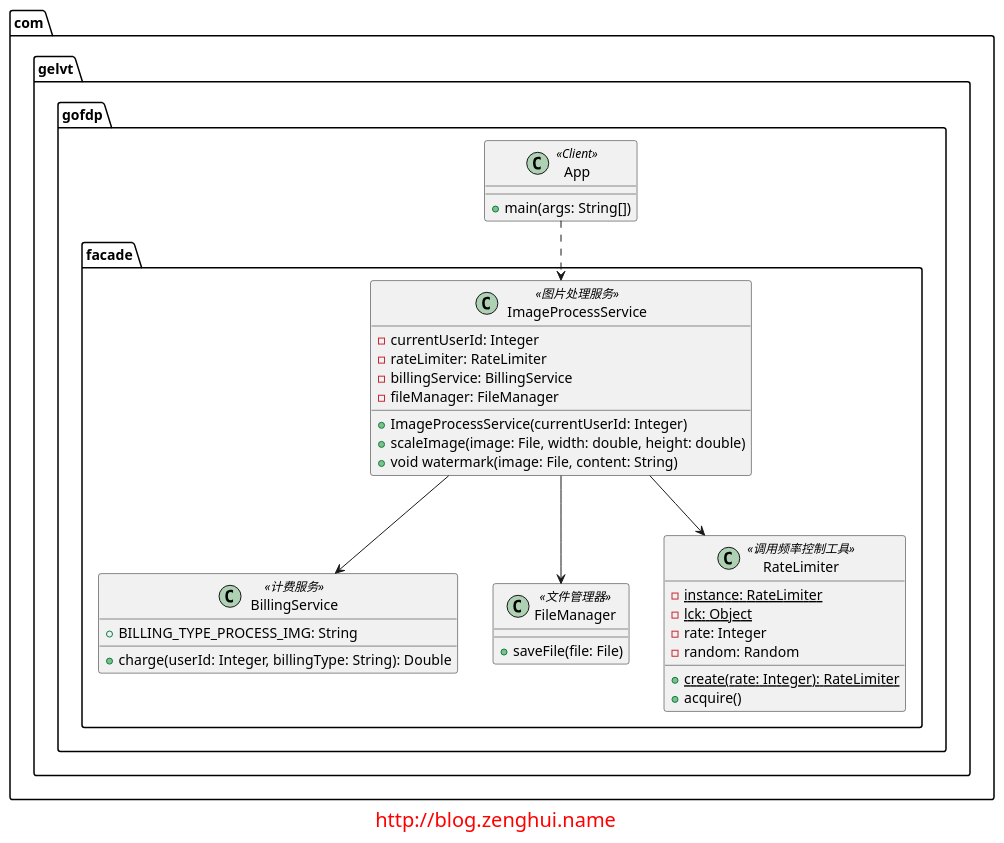
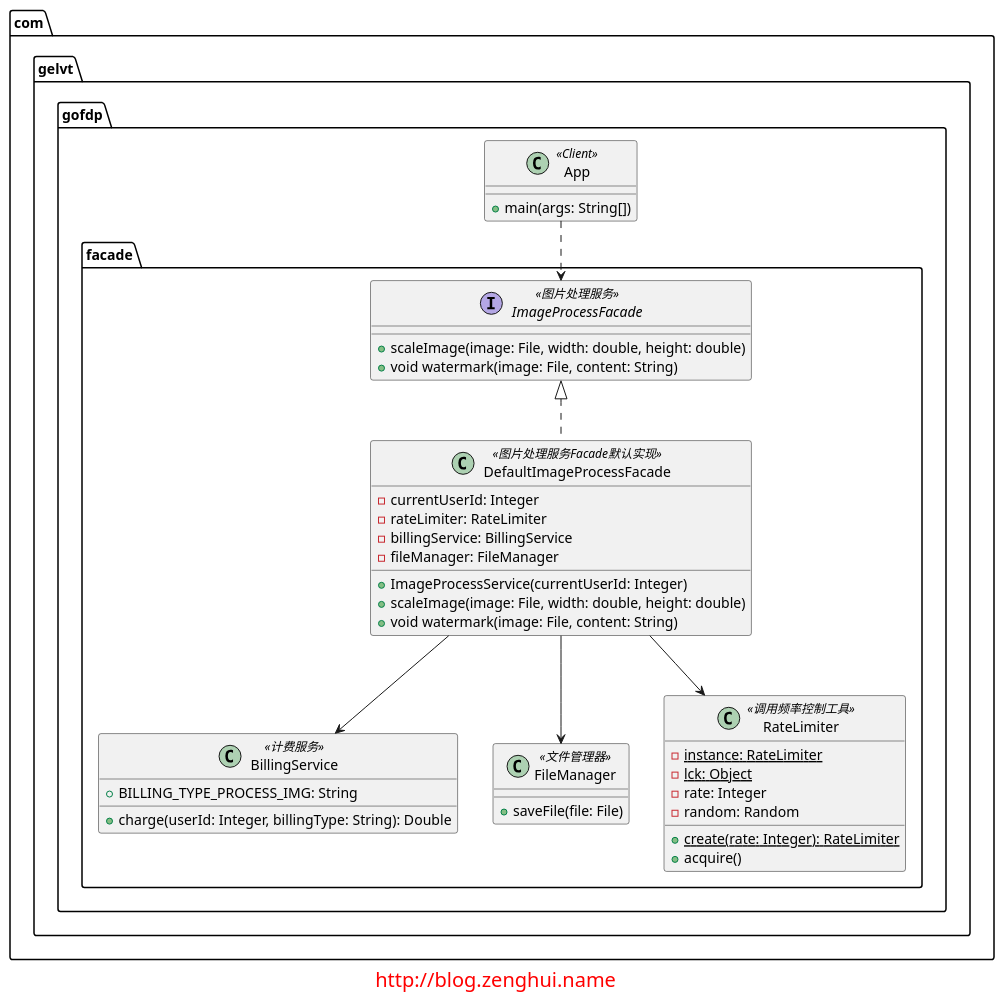
The diagram in facade/diagrams/facade.puml (elvinzeng/java-design-pattern-samples), drawn with PlantUML before and after one commit. The commit also changed 3 other files, not shown here.

```diff
--- a/facade/diagrams/facade.puml
+++ b/facade/diagrams/facade.puml
@@ -1,51 +1,58 @@
 @startuml
 
 package com.gelvt.gofdp.facade{
     class BillingService <<计费服务>>{
         + BILLING_TYPE_PROCESS_IMG: String
         + charge(userId: Integer, billingType: String): Double
     }
 
     class FileManager <<文件管理器>>{
         + saveFile(file: File)
     }
 
     class RateLimiter <<调用频率控制工具>>{
         - {static} instance: RateLimiter
         - {static} lck: Object
         - rate: Integer
         - random: Random
 
         + {static} create(rate: Integer): RateLimiter
         + acquire()
     }
 
-    class ImageProcessService <<图片处理服务>>{
+    interface ImageProcessFacade <<图片处理服务>>{
+        + scaleImage(image: File, width: double, height: double)
+        + void watermark(image: File, content: String)
+    }
+
+    class DefaultImageProcessFacade <<图片处理服务Facade默认实现>>{
         - currentUserId: Integer
         - rateLimiter: RateLimiter
         - billingService: BillingService
         - fileManager: FileManager
         + ImageProcessService(currentUserId: Integer)
         + scaleImage(image: File, width: double, height: double)
         + void watermark(image: File, content: String)
     }
 
-    ImageProcessService --> BillingService
-    ImageProcessService --> FileManager
-    ImageProcessService --> RateLimiter
+    ImageProcessFacade <|.. DefaultImageProcessFacade
+
+    DefaultImageProcessFacade --> BillingService
+    DefaultImageProcessFacade --> FileManager
+    DefaultImageProcessFacade --> RateLimiter
 }
 
 package com.gelvt.gofdp{
     class App <<Client>>{
         + main(args: String[])
     }
 }
 
-App ..> ImageProcessService
+App ..> ImageProcessFacade
 
 
 footer
 <font size="20" color="red">http://blog.zenghui.name</font>
 endfooter
 
 @enduml
```
